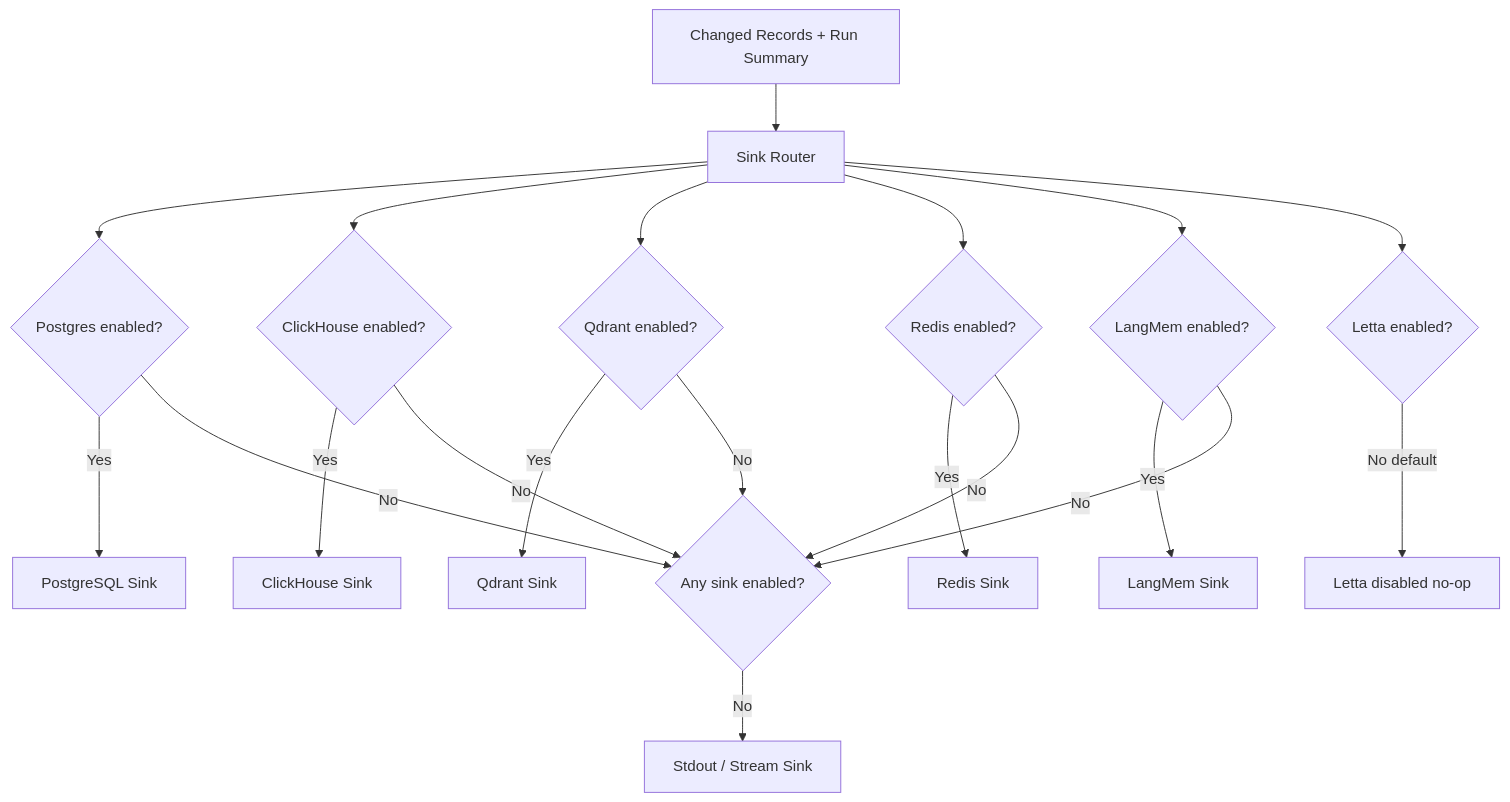
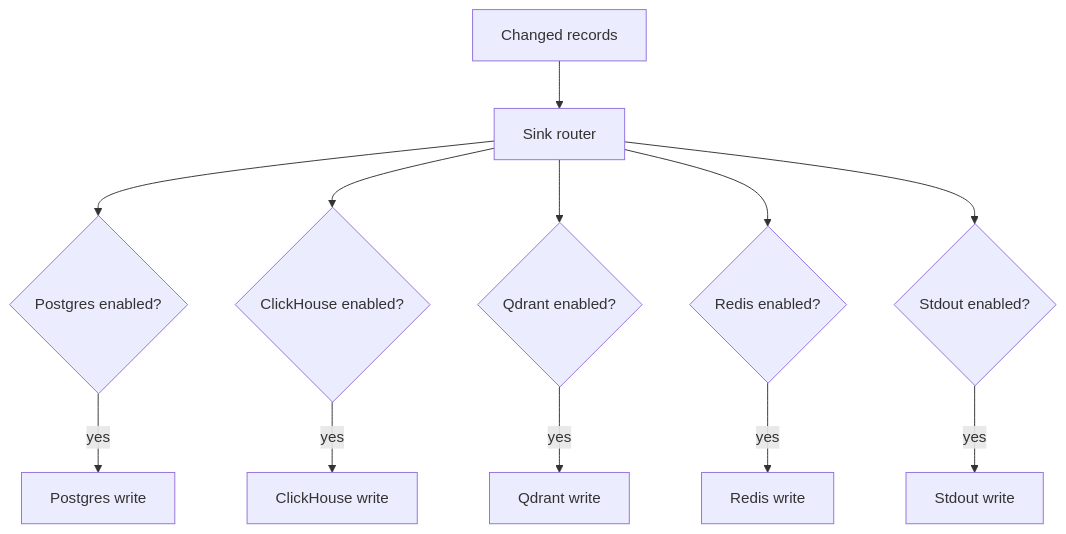
Before and after one commit to aveeshek/bosgenesis-k8s-data-ingestion-agent: the sixth of 8 diagrams in docs/03_LLD_ANALYTICAL_MOP_AGENT.md, drawn with Mermaid. The commit also changed other lines of this file and 4 other files, not shown here.

````diff
--- a/docs/03_LLD_ANALYTICAL_MOP_AGENT.md
+++ b/docs/03_LLD_ANALYTICAL_MOP_AGENT.md
@@ -478,26 +154,15 @@
 ```mermaid
 flowchart TB
-    Records[Changed Records + Run Summary] --> Router[Sink Router]
+    Records["Changed records"] --> Router["Sink router"]
+    Router --> PGE{"Postgres enabled?"}
+    Router --> CHE{"ClickHouse enabled?"}
+    Router --> QDE{"Qdrant enabled?"}
+    Router --> RDE{"Redis enabled?"}
+    Router --> STE{"Stdout enabled?"}
 
-    Router --> PGE{Postgres enabled?}
-    Router --> CHE{ClickHouse enabled?}
-    Router --> QDE{Qdrant enabled?}
-    Router --> RDE{Redis enabled?}
-    Router --> LME{LangMem enabled?}
-    Router --> LTE{Letta enabled?}
-
-    PGE -->|Yes| PG[PostgreSQL Sink]
-    CHE -->|Yes| CH[ClickHouse Sink]
-    QDE -->|Yes| QD[Qdrant Sink]
-    RDE -->|Yes| RD[Redis Sink]
-    LME -->|Yes| LM[LangMem Sink]
-    LTE -->|No default| LS[Letta disabled no-op]
-
-    PGE -->|No| FallbackCheck{Any sink enabled?}
-    CHE -->|No| FallbackCheck
-    QDE -->|No| FallbackCheck
-    RDE -->|No| FallbackCheck
-    LME -->|No| FallbackCheck
-
-    FallbackCheck -->|No| STDOUT[Stdout / Stream Sink]
+    PGE -->|"yes"| PG["Postgres write"]
+    CHE -->|"yes"| CH["ClickHouse write"]
+    QDE -->|"yes"| QD["Qdrant write"]
+    RDE -->|"yes"| RD["Redis write"]
+    STE -->|"yes"| SO["Stdout write"]
 ```
````
